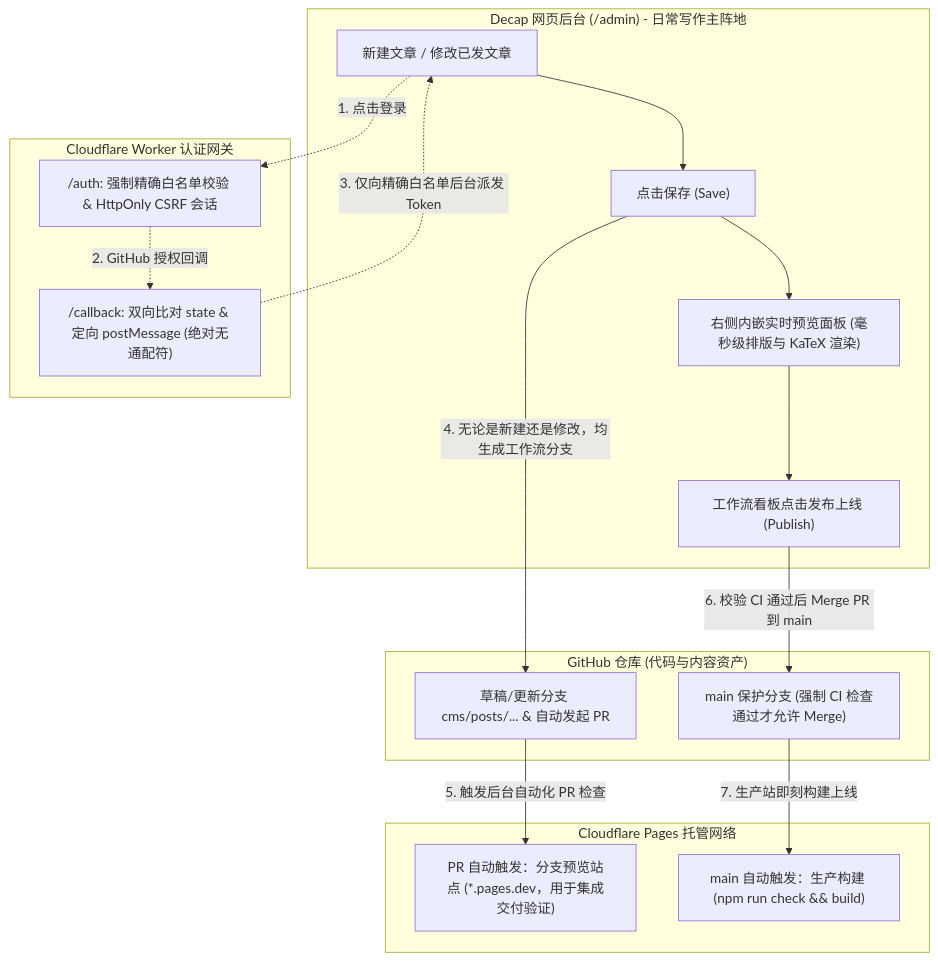
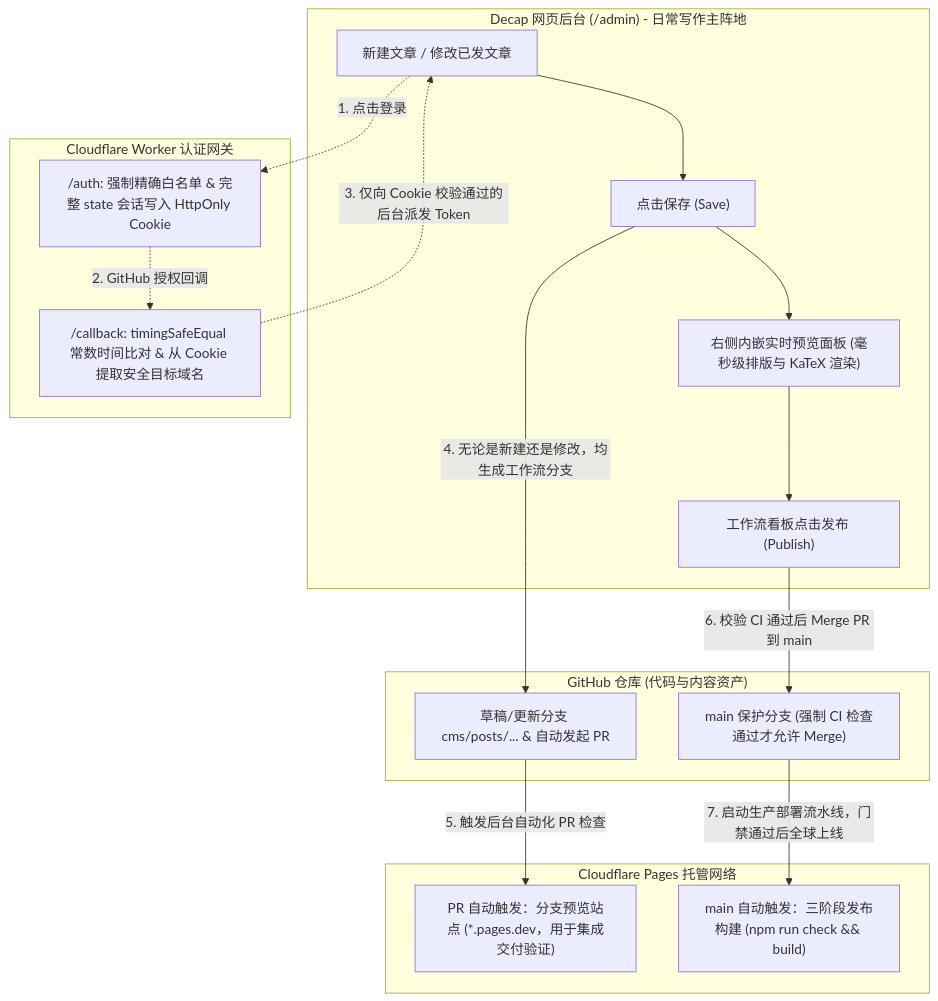
The first of 3 diagrams in docs/ENGINEERING_SPEC.md (ForeSee2024/huaoblog), drawn with Mermaid before and after one commit. The commit also changed other lines of this file and 2 other files, not shown here.

Commit message:
refactor(security & spec): v3.4 full session state binding, timing-safe comparison, and explicit notice for draft exclusion

````diff
--- a/docs/ENGINEERING_SPEC.md
+++ b/docs/ENGINEERING_SPEC.md
@@ -47,31 +48,31 @@
 ```mermaid
 flowchart TD
     subgraph CMS["Decap 网页后台 (/admin) - 日常写作主阵地"]
         A1["新建文章 / 修改已发文章"] --> A2["点击保存 (Save)"]
         A2 --> A3["右侧内嵌实时预览面板 (毫秒级排版与 KaTeX 渲染)"]
-        A3 --> A4["工作流看板点击发布上线 (Publish)"]
+        A3 --> A4["工作流看板点击发布 (Publish)"]
     end
 
     subgraph Auth["Cloudflare Worker 认证网关"]
-        W1["/auth: 强制精确白名单校验 & HttpOnly CSRF 会话"]
-        W2["/callback: 双向比对 state & 定向 postMessage (绝对无通配符)"]
+        W1["/auth: 强制精确白名单 & 完整 state 会话写入 HttpOnly Cookie"]
+        W2["/callback: timingSafeEqual 常数时间比对 & 从 Cookie 提取安全目标域名"]
     end
 
     subgraph Repo["GitHub 仓库 (代码与内容资产)"]
         G1["草稿/更新分支 cms/posts/... & 自动发起 PR"]
         G2["main 保护分支 (强制 CI 检查通过才允许 Merge)"]
     end
 
     subgraph Hosting["Cloudflare Pages 托管网络"]
         P1["PR 自动触发：分支预览站点 (*.pages.dev，用于集成交付验证)"]
-        P2["main 自动触发：生产构建 (npm run check && build)"]
+        P2["main 自动触发：三阶段发布构建 (npm run check && build)"]
     end
 
     A1 -.->|"1. 点击登录"| W1
     W1 -.->|"2. GitHub 授权回调"| W2
-    W2 -.->|"3. 仅向精确白名单后台派发 Token"| A1
+    W2 -.->|"3. 仅向 Cookie 校验通过的后台派发 Token"| A1
     A2 -->|"4. 无论是新建还是修改，均生成工作流分支"| G1
     G1 -->|"5. 触发后台自动化 PR 检查"| P1
     A4 -->|"6. 校验 CI 通过后 Merge PR 到 main"| G2
-    G2 -->|"7. 生产站即刻构建上线"| P2
+    G2 -->|"7. 启动生产部署流水线，门禁通过后全球上线"| P2
 ```
````
